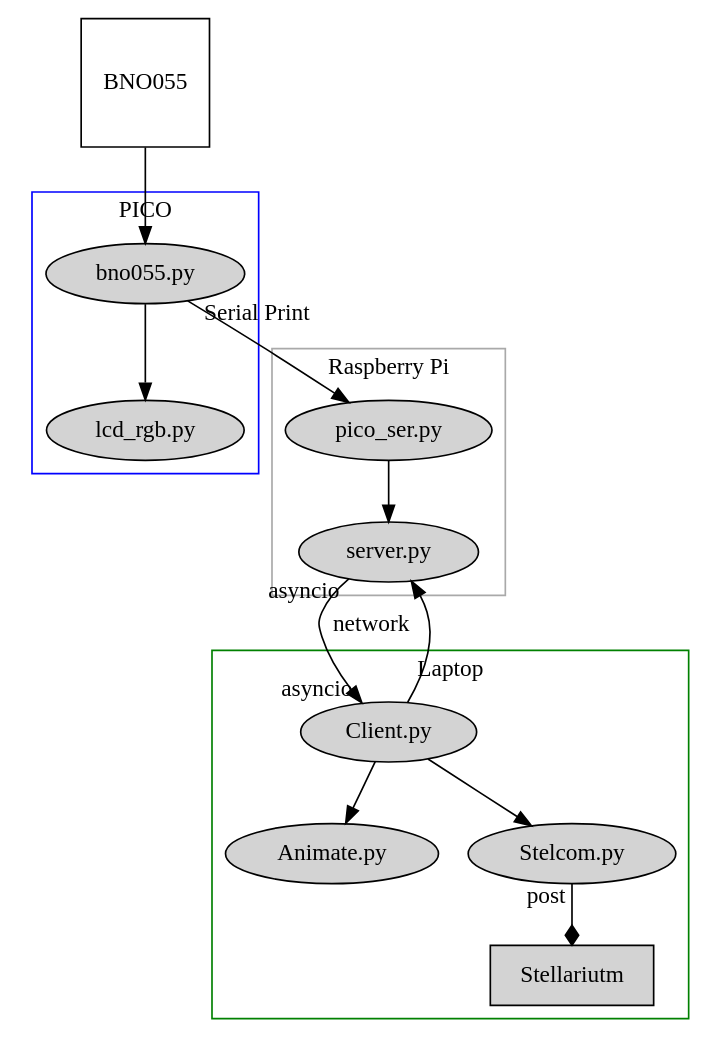
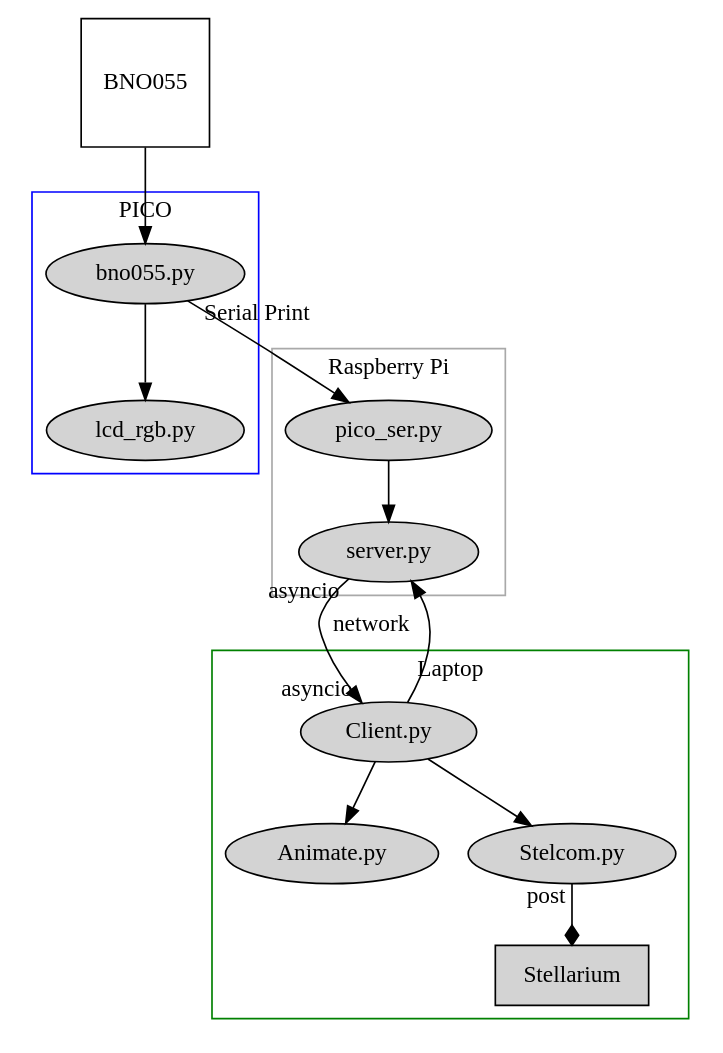
Before and after one commit to albioninnovate/sensors_telescope: the diagram in utils/system_arch.dot, drawn with Graphviz. The commit also changed 13 other files, not shown here.

```diff
--- a/utils/system_arch.dot
+++ b/utils/system_arch.dot
@@ -1,36 +1,37 @@
 
 digraph {
 	layout=dot
 	subgraph cluster_PICO {
 		color=blue;
 		node [style=filled];
 		"bno055.py" -> "lcd_rgb.py";
 		label = "PICO";
 		}
 
 	subgraph cluster_Rpi {
 		color=darkgrey;
 		node [style=filled];
 		"pico_ser.py" -> "server.py" ;
 		label = "Raspberry Pi";
 		}
 
 	subgraph cluster_Laptop {
 		color=green;
 		node [style=filled];
 
 		"Client.py"->"Animate.py";
 		"Client.py"->"Stelcom.py";
-		"Stellariutm";
+		"Stellarium";
 		label = "Laptop";
 		}
 
 	BNO055 -> "bno055.py"
 	BNO055 [shape=square]
 	"Client.py"->"server.py";
 	"bno055.py" -> "pico_ser.py" [taillabel = "Serial Print"]
 	"server.py" ->"Client.py" [taillabel="asyncio", label = "network", headlabel = "asyncio" ]
-	"Stelcom.py"-> "Stellariutm"[taillabel = "post", arrowhead = diamond]
-	"Stellariutm" [shape=arrow];
+	"Stelcom.py"-> "Stellarium"[taillabel = "post", arrowhead = diamond]
+	"Stellarium" [shape=arrow];
+	rank = same; "server.py"; "Client.py";
 
 }
```
